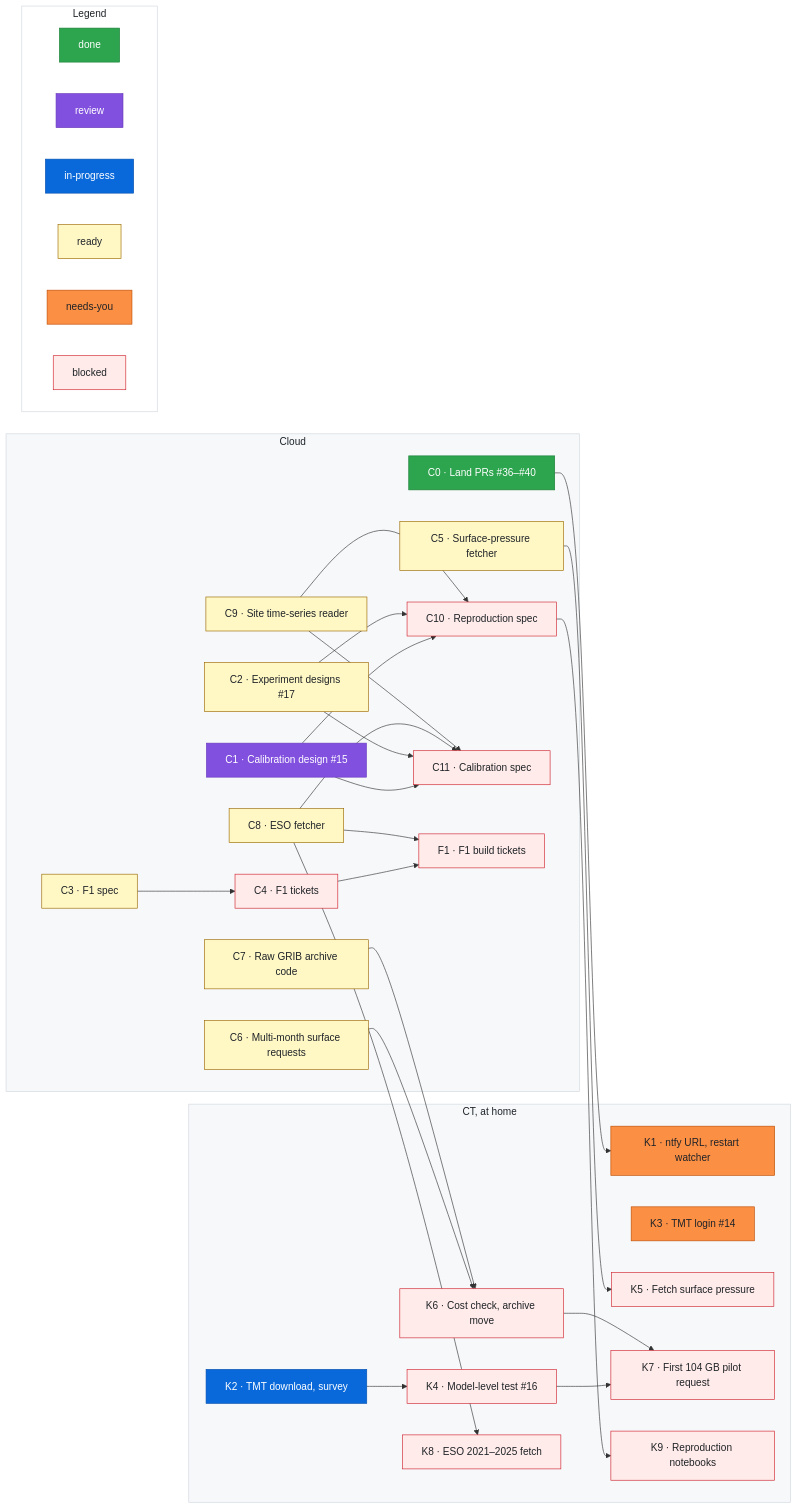
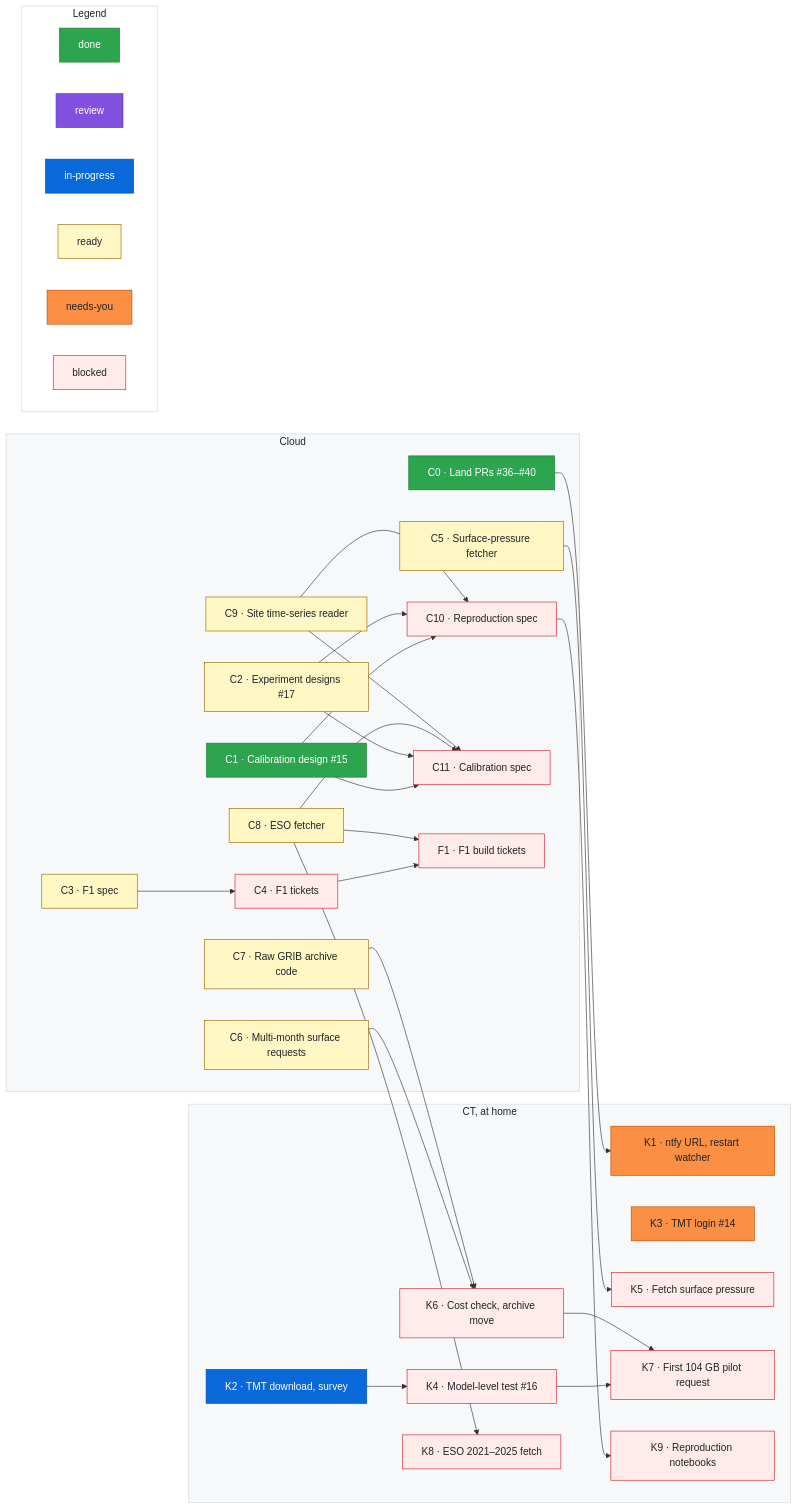
One commit to rrweller/Astro-seeing changed the diagram in docs/roadmap.md. Above: the diagram before and after it, drawn with Mermaid. The commit also changed other lines of this file, not shown here.

Commit message:
roadmap: C1 review → done (#44 merged)
Claude-Session: https://claude.ai/code/session_01ECS9rZthXjkSS88C6YqvNF

```diff
--- a/docs/roadmap.md
+++ b/docs/roadmap.md
@@ -131,7 +131,7 @@
   %% Status lines: one per item, each followed by a `%% ---` spacer. Sessions change only the last word.
   class C0 done
   %% ---
-  class C1 review
+  class C1 done
   %% ---
   class C2 ready
   %% ---
```
